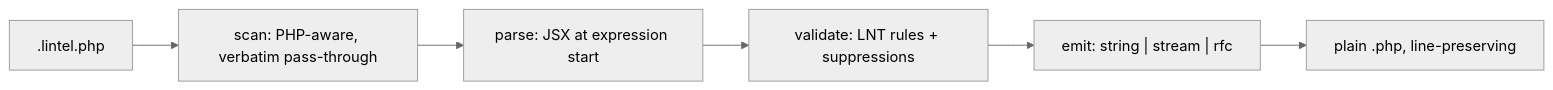
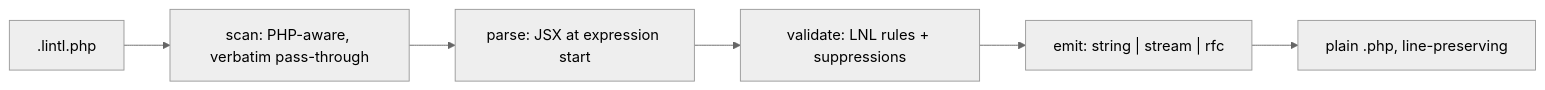
One commit to elcoosp/lintel changed the diagram in README.md. Above: the diagram before and after it, drawn with Mermaid (neutral theme). The commit also changed other lines of this file and 440 other files, not shown here.

First line of the commit message:
chore: rename project from lintel to lintl

````diff
--- a/README.md
+++ b/README.md
@@ -78,8 +78,8 @@
 ```mermaid
 flowchart LR
-  A[".lintel.php"] --> B["scan: PHP-aware, verbatim pass-through"]
+  A[".lintl.php"] --> B["scan: PHP-aware, verbatim pass-through"]
   B --> C["parse: JSX at expression start"]
-  C --> D["validate: LNT rules + suppressions"]
+  C --> D["validate: LNL rules + suppressions"]
   D --> E["emit: string | stream | rfc"]
   E --> F["plain .php, line-preserving"]
 ```
````
